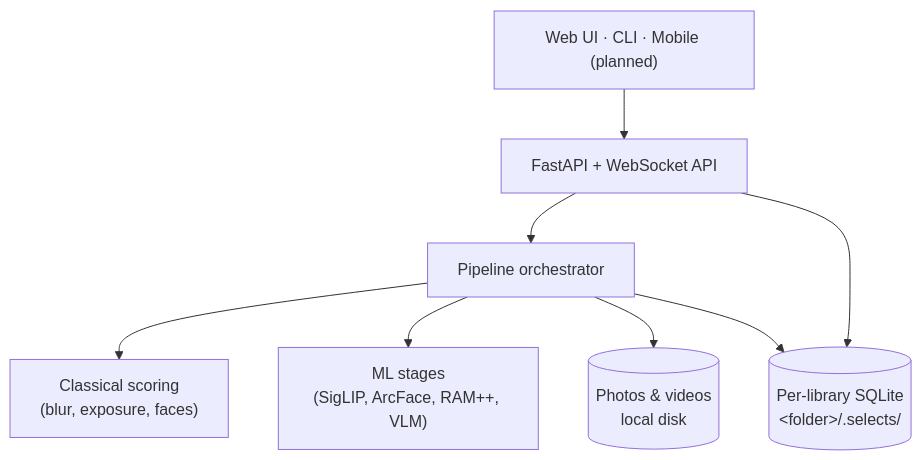
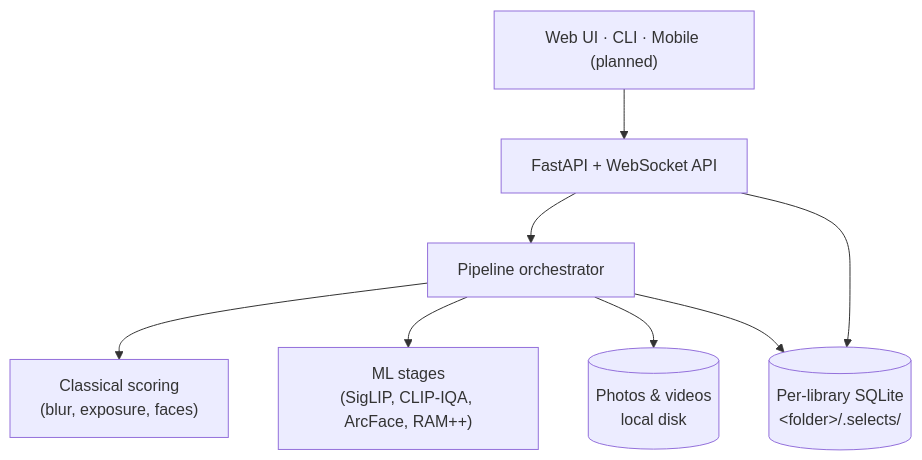
One commit to bihanikeshav/selects changed the diagram in README.md. Above: the diagram before and after it, drawn with Mermaid. The commit also changed other lines of this file and 6 other files, not shown here.

````diff
--- a/README.md
+++ b/README.md
@@ -105,18 +106,18 @@
 ```mermaid
 flowchart TD
     Clients["Web UI · CLI · Mobile (planned)"]
     API["FastAPI + WebSocket API"]
     Pipeline["Pipeline orchestrator"]
     Classical["Classical scoring<br/>(blur, exposure, faces)"]
-    ML["ML stages<br/>(SigLIP, ArcFace, RAM++, VLM)"]
+    ML["ML stages<br/>(SigLIP, CLIP-IQA, ArcFace, RAM++)"]
     Files[("Photos & videos<br/>local disk")]
     DB[("Per-library SQLite<br/>&lt;folder&gt;/.selects/")]
 
     Clients --> API
     API --> Pipeline
     API --> DB
     Pipeline --> Classical
     Pipeline --> ML
     Pipeline --> Files
     Pipeline --> DB
 ```
````
